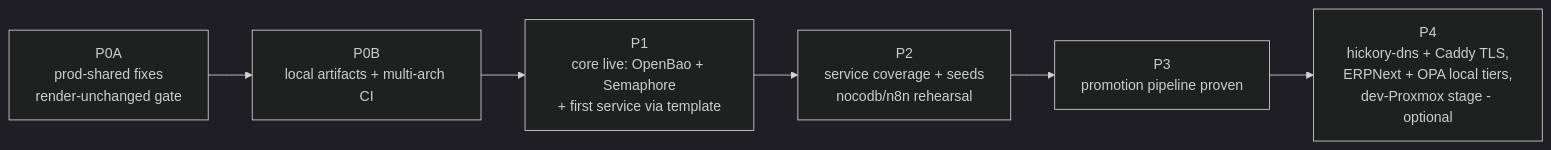
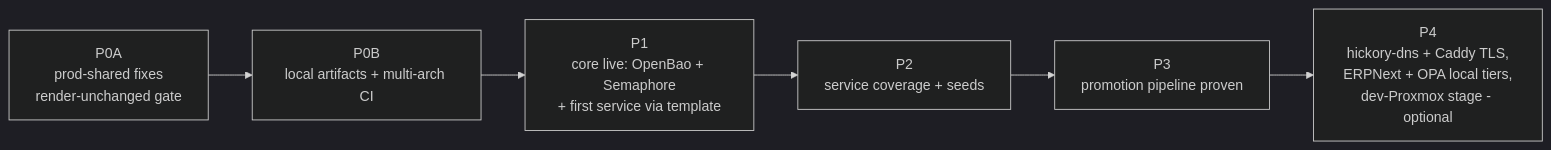
One commit to uhstray-io/agent-cloud changed the first of 5 diagrams in plan/archive/development/LOCAL-DEV-DEPLOYMENT.md. Above: the diagram before and after it, drawn with Mermaid (dark theme). The commit also changed other lines of this file and 29 other files, not shown here.

````diff
--- a/plan/archive/development/LOCAL-DEV-DEPLOYMENT.md
+++ b/plan/archive/development/LOCAL-DEV-DEPLOYMENT.md
@@ -30,8 +29,8 @@
 ```mermaid
 flowchart LR
   P0A[P0A<br/>prod-shared fixes<br/>render-unchanged gate] --> P0B[P0B<br/>local artifacts + multi-arch CI]
   P0B --> P1[P1<br/>core live: OpenBao + Semaphore<br/>+ first service via template]
-  P1 --> P2[P2<br/>service coverage + seeds<br/>nocodb/n8n rehearsal]
+  P1 --> P2[P2<br/>service coverage + seeds]
   P2 --> P3[P3<br/>promotion pipeline proven]
   P3 --> P4[P4<br/>hickory-dns + Caddy TLS,<br/>ERPNext + OPA local tiers,<br/>dev-Proxmox stage - optional]
 ```
````
